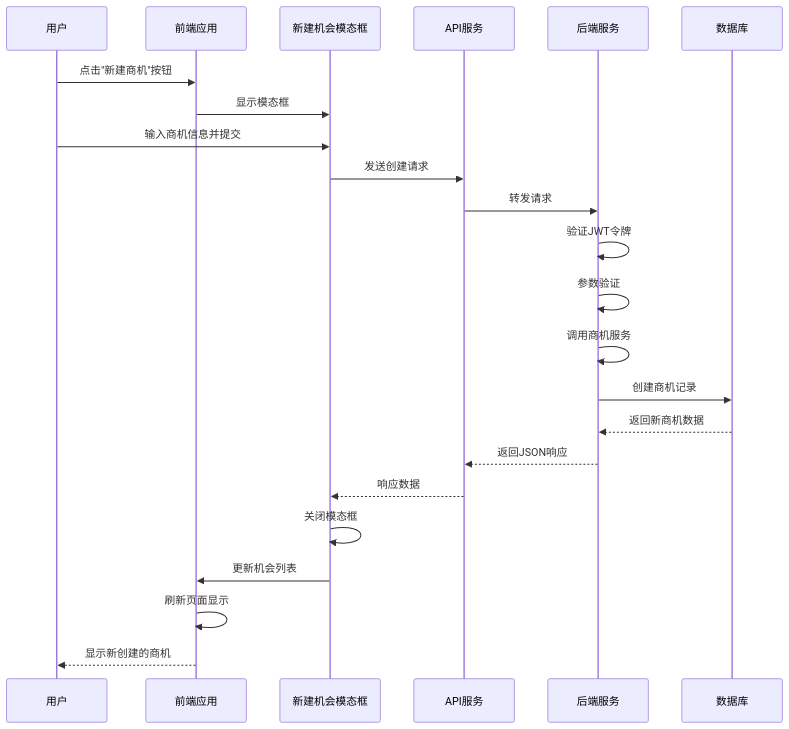
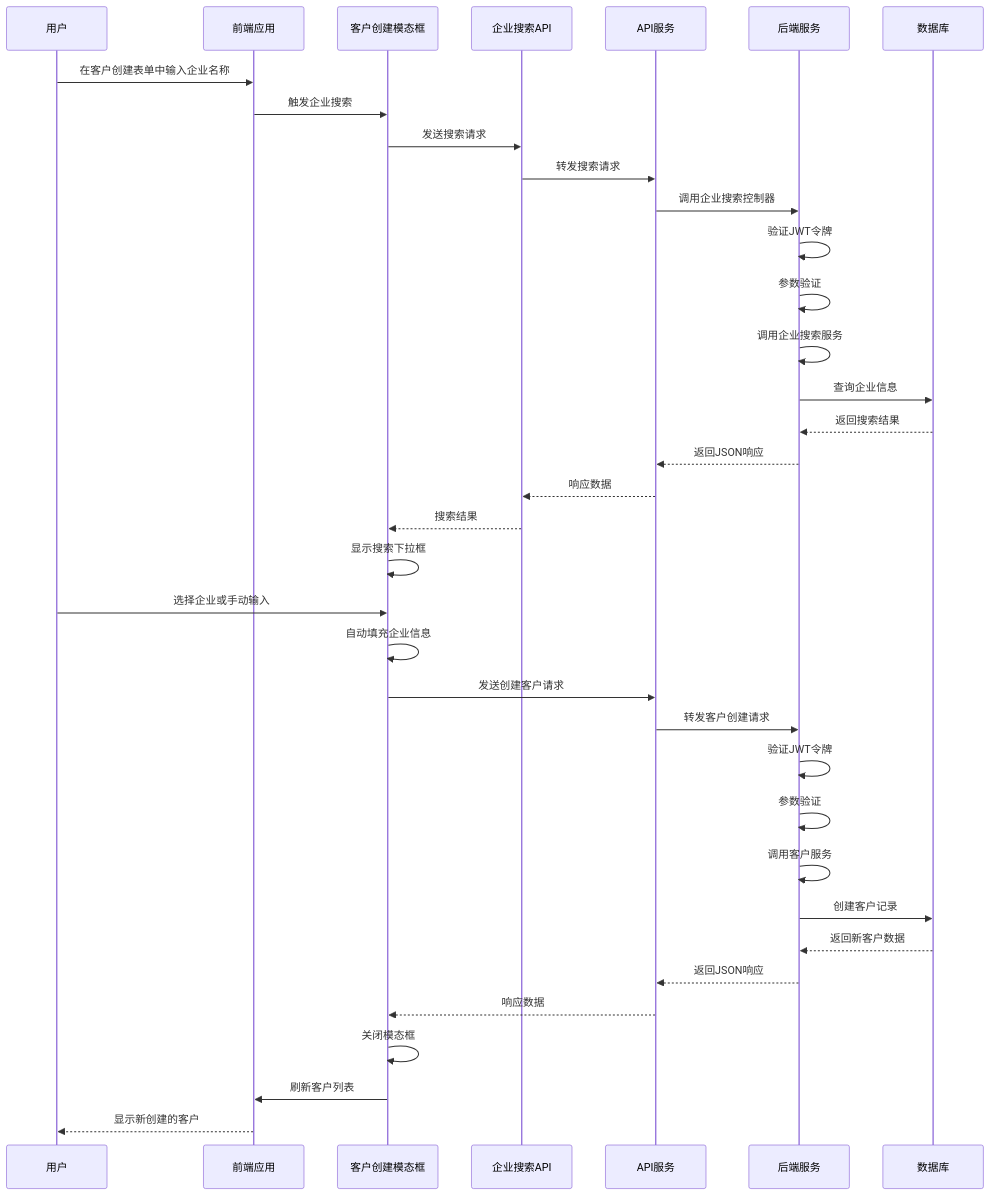
One commit to xianjianshenqu/SalesFlow-CRM changed the second of 11 diagrams in .qoder/repowiki/zh/content/Customer Detail Page.md. Above: the diagram before and after it, drawn with Mermaid. The commit also changed other lines of this file and 11 other files, not shown here.

````diff
--- a/.qoder/repowiki/zh/content/Customer Detail Page.md
+++ b/.qoder/repowiki/zh/content/Customer Detail Page.md
@@ -125,25 +143,38 @@
 ```mermaid
 sequenceDiagram
 participant User as 用户
 participant Frontend as 前端应用
-participant Modal as 新建机会模态框
+participant CustomerModal as 客户创建模态框
+participant CompanySearch as 企业搜索API
 participant API as API服务
 participant Backend as 后端服务
 participant Database as 数据库
-User->>Frontend : 点击"新建商机"按钮
-Frontend->>Modal : 显示模态框
-User->>Modal : 输入商机信息并提交
-Modal->>API : 发送创建请求
-API->>Backend : 转发请求
+User->>Frontend : 在客户创建表单中输入企业名称
+Frontend->>CustomerModal : 触发企业搜索
+CustomerModal->>CompanySearch : 发送搜索请求
+CompanySearch->>API : 转发搜索请求
+API->>Backend : 调用企业搜索控制器
 Backend->>Backend : 验证JWT令牌
 Backend->>Backend : 参数验证
-Backend->>Backend : 调用商机服务
-Backend->>Database : 创建商机记录
-Database-->>Backend : 返回新商机数据
+Backend->>Backend : 调用企业搜索服务
+Backend->>Database : 查询企业信息
+Database-->>Backend : 返回搜索结果
 Backend-->>API : 返回JSON响应
-API-->>Modal : 响应数据
-Modal->>Modal : 关闭模态框
-Modal->>Frontend : 更新机会列表
-Frontend->>Frontend : 刷新页面显示
-Frontend-->>User : 显示新创建的商机
+API-->>CompanySearch : 响应数据
+CompanySearch-->>CustomerModal : 搜索结果
+CustomerModal->>CustomerModal : 显示搜索下拉框
+User->>CustomerModal : 选择企业或手动输入
+CustomerModal->>CustomerModal : 自动填充企业信息
+CustomerModal->>API : 发送创建客户请求
+API->>Backend : 转发客户创建请求
+Backend->>Backend : 验证JWT令牌
+Backend->>Backend : 参数验证
+Backend->>Backend : 调用客户服务
+Backend->>Database : 创建客户记录
+Database-->>Backend : 返回新客户数据
+Backend-->>API : 返回JSON响应
+API-->>CustomerModal : 响应数据
+CustomerModal->>CustomerModal : 关闭模态框
+CustomerModal->>Frontend : 刷新客户列表
+Frontend-->>User : 显示新创建的客户
 ```
````
